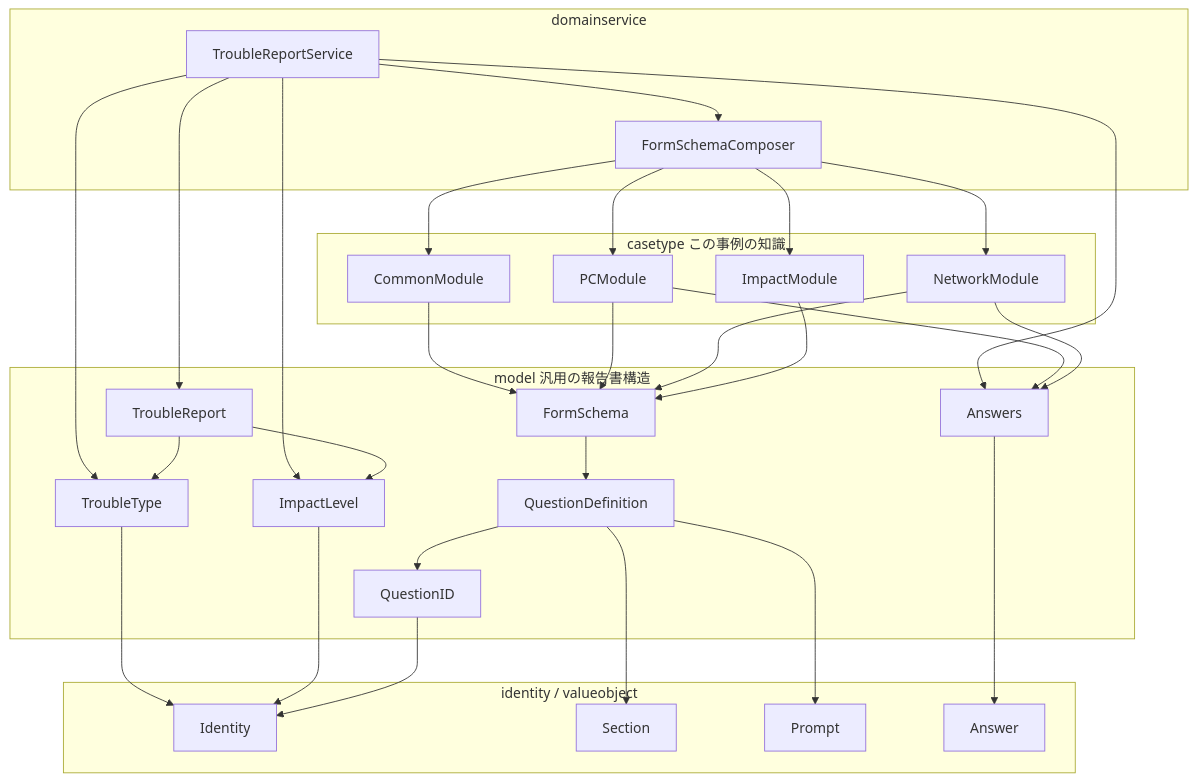
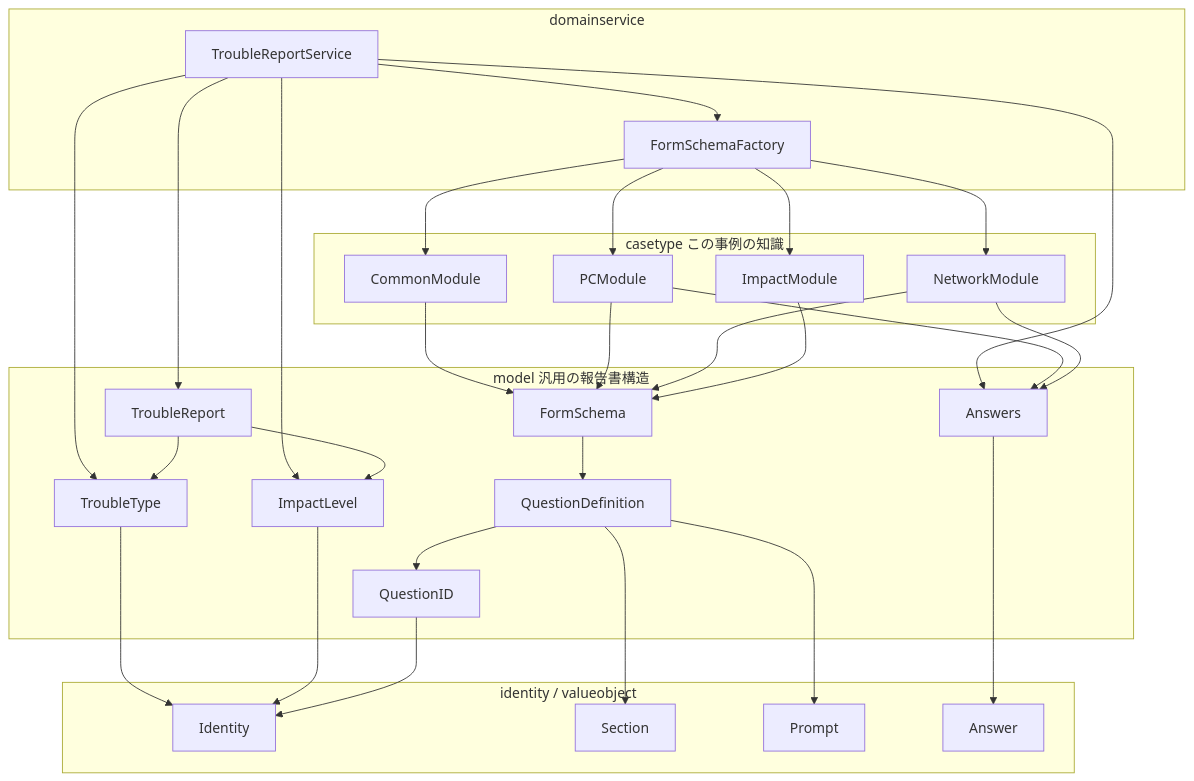
One commit to kouji0705/domain_service_study changed the third of 5 diagrams in README.md. Above: the diagram before and after it, drawn with Mermaid. The commit also changed other lines of this file and 8 other files, not shown here.

````diff
--- a/README.md
+++ b/README.md
@@ -95,57 +95,57 @@
 ```mermaid
 flowchart TB
   subgraph ds["domainservice"]
     svc[TroubleReportService]
-    composer[FormSchemaComposer]
+    factory[FormSchemaFactory]
   end
 
   subgraph ct["casetype  この事例の知識"]
     common[CommonModule]
     pc[PCModule]
     net[NetworkModule]
     impact[ImpactModule]
   end
 
   subgraph md["model  汎用の報告書構造"]
     report[TroubleReport]
     def[FormSchema]
     qdef[QuestionDefinition]
     answers[Answers]
     tt[TroubleType]
     il[ImpactLevel]
     qid[QuestionID]
   end
 
   subgraph leaf["identity / valueobject"]
     id[Identity]
     section[Section]
     prompt[Prompt]
     answer[Answer]
   end
 
-  svc --> composer
+  svc --> factory
   svc --> report
   svc --> answers
   svc --> tt
   svc --> il
-  composer --> common
-  composer --> pc
-  composer --> net
-  composer --> impact
+  factory --> common
+  factory --> pc
+  factory --> net
+  factory --> impact
   common --> def
   pc --> def
   net --> def
   impact --> def
   pc --> answers
   net --> answers
   def --> qdef
   qdef --> qid
   qdef --> section
   qdef --> prompt
   report --> tt
   report --> il
   tt --> id
   il --> id
   qid --> id
   answers --> answer
 ```
````
